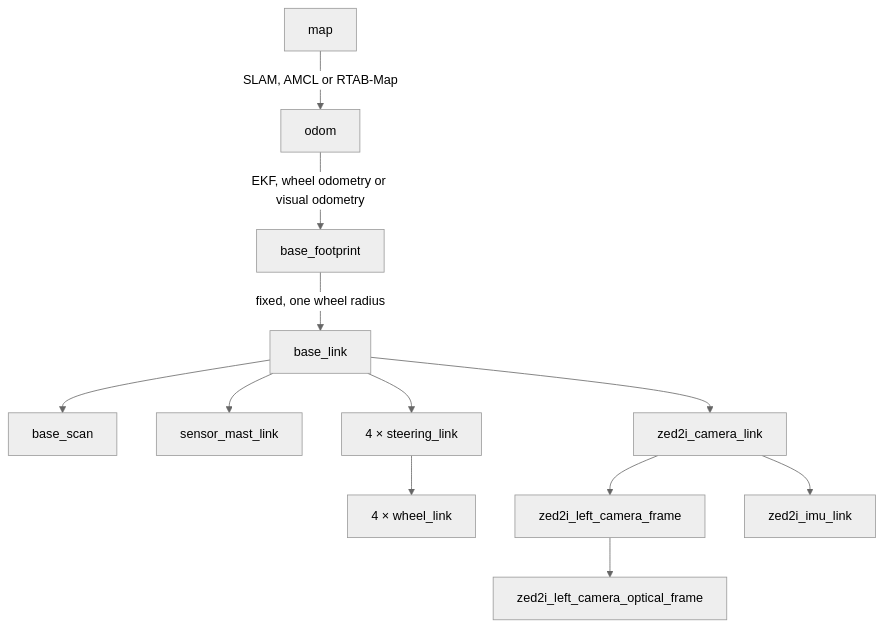
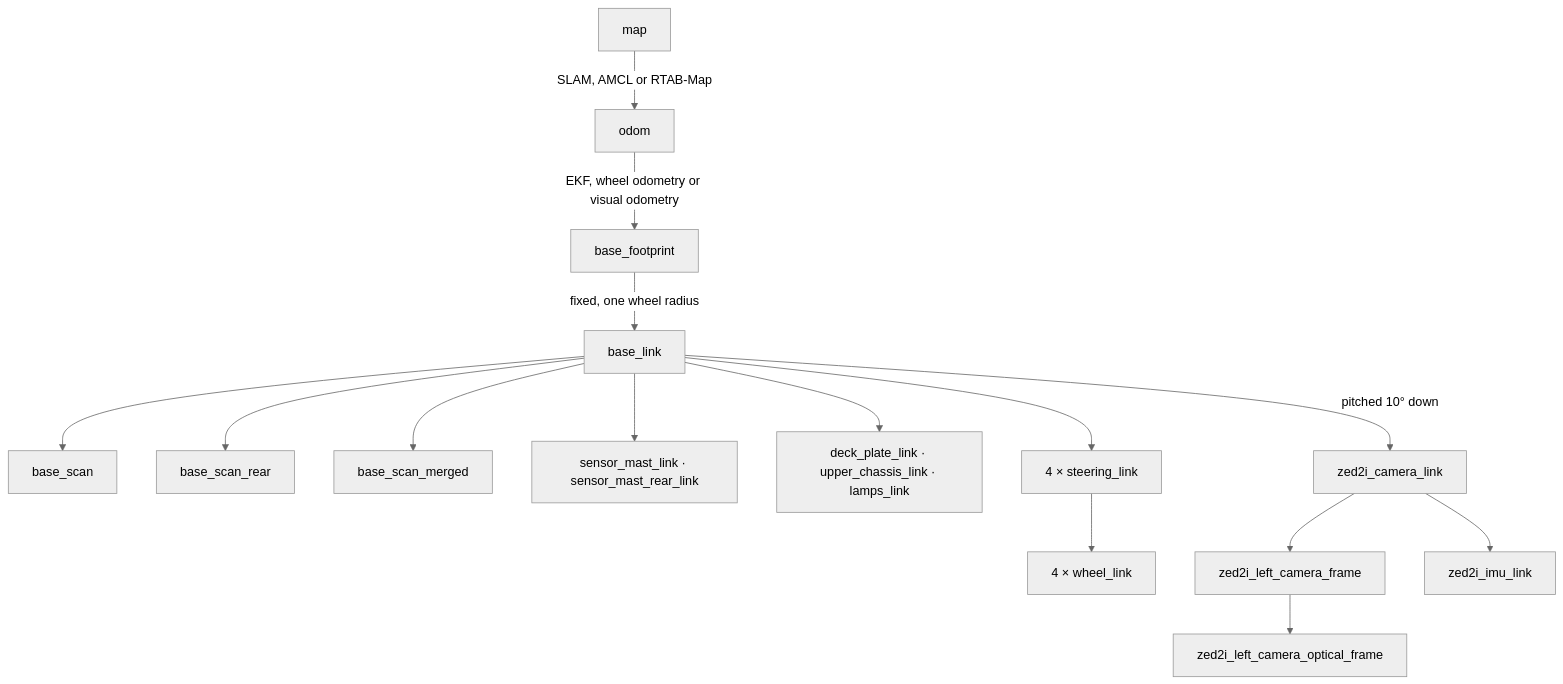
One commit to MrDavidAlv/tadeo-eCar-ws changed the third of 3 diagrams in README.md. Above: the diagram before and after it, drawn with Mermaid (neutral theme). The commit also changed other lines of this file and 11 other files, not shown here.

````diff
--- a/README.md
+++ b/README.md
@@ -227,14 +278,17 @@
 ```mermaid
 graph TD
     map -->|"SLAM, AMCL or RTAB-Map"| odom
     odom -->|"EKF, wheel odometry or visual odometry"| base_footprint
     base_footprint -->|"fixed, one wheel radius"| base_link
     base_link --> base_scan
-    base_link --> sensor_mast_link
+    base_link --> base_scan_rear
+    base_link --> base_scan_merged
+    base_link --> masts["sensor_mast_link · sensor_mast_rear_link"]
+    base_link --> body["deck_plate_link · upper_chassis_link · lamps_link"]
     base_link --> steering["4 × steering_link"]
     steering --> wheels["4 × wheel_link"]
-    base_link --> zed2i_camera_link
+    base_link -->|"pitched 10° down"| zed2i_camera_link
     zed2i_camera_link --> zed2i_left_camera_frame
     zed2i_left_camera_frame --> zed2i_left_camera_optical_frame
     zed2i_camera_link --> zed2i_imu_link
 ```
````
